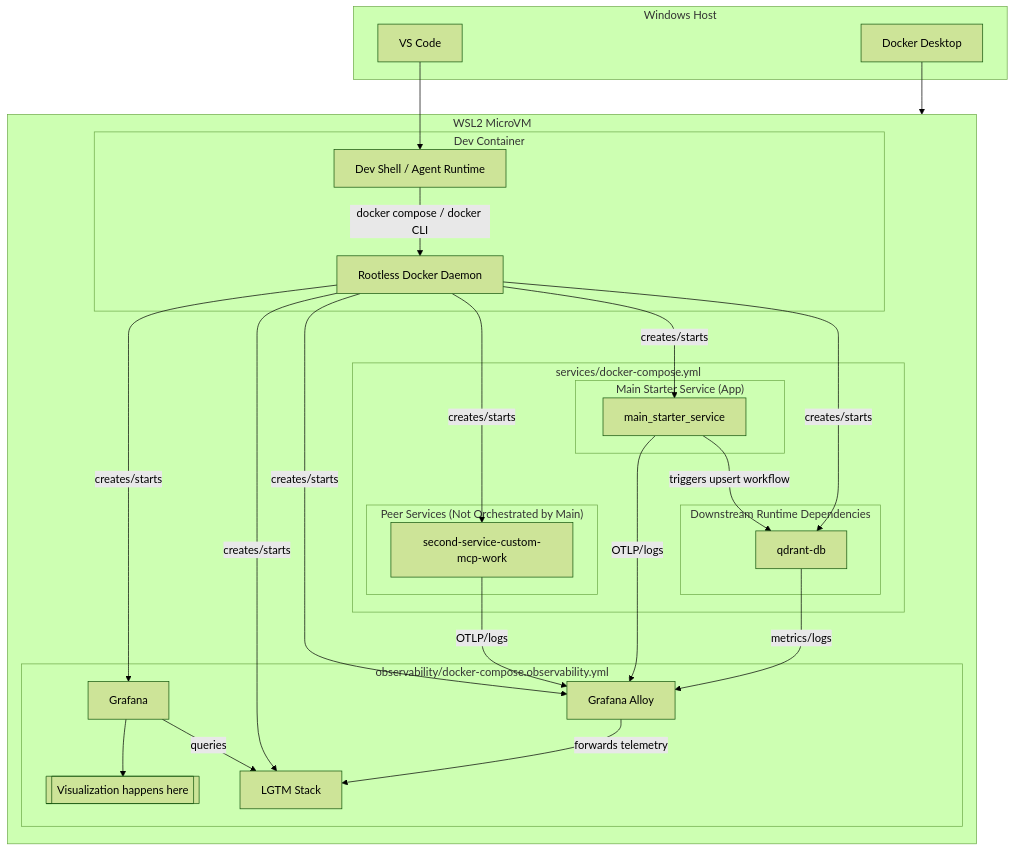
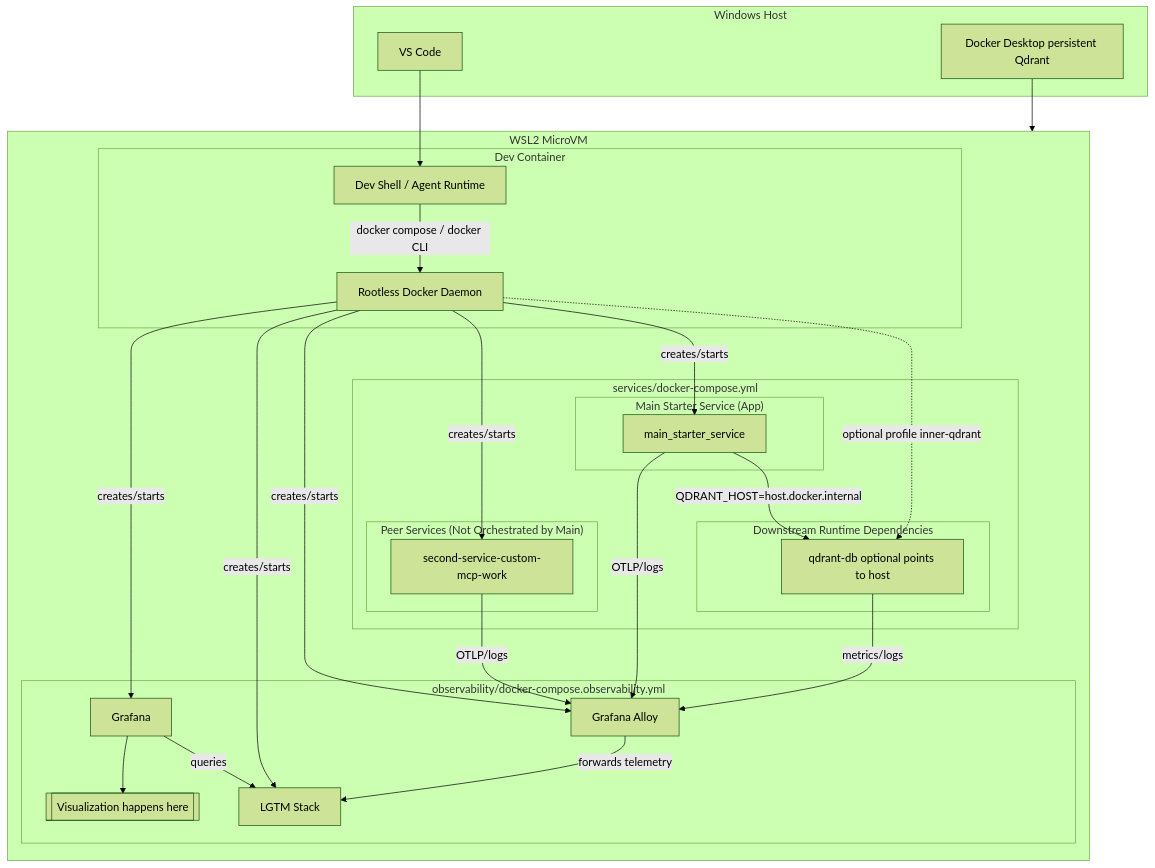
The second of 3 diagrams in README.md (UtpalMattoo/dcker_mcp_setup), drawn with Mermaid (forest theme) before and after one commit. The commit also changed other lines of this file and 4 other files, not shown here.

Commit message:
use host based persistent Qdrant, point devcointainer Qdrant to host instance

````diff
--- a/README.md
+++ b/README.md
@@ -124,50 +124,50 @@
 ```mermaid
 graph TD
 	subgraph Host[Windows Host]
 		VSCode[VS Code]
-		DockerDesktop[Docker Desktop]
+		DockerDesktop[Docker Desktop persistent Qdrant]
 	end
 
 	subgraph WSL2[WSL2 MicroVM]
 		subgraph DevContainer[Dev Container]
 			Shell[Dev Shell / Agent Runtime]
 			InnerDocker[Rootless Docker Daemon]
 		end
 
 		subgraph Services[services/docker-compose.yml]
 			subgraph Orchestrator["Main Starter Service (App)"]
 				Main[main_starter_service]
 			end
 			subgraph Dependencies["Downstream Runtime Dependencies"]
-				Qdrant[qdrant-db]
+				Qdrant[qdrant-db optional points to host]
 			end
 			subgraph PeerServices["Peer Services (Not Orchestrated by Main)"]
 				Second[second-service-custom-mcp-work]
 			end
 		end
 
 		subgraph Observability[observability/docker-compose.observability.yml]
 			Alloy[Grafana Alloy]
 			LGTM[LGTM Stack]
 			Grafana[Grafana]
 			VizMarker[[Visualization happens here]]
 		end
 	end
 
 	VSCode --> Shell
 	DockerDesktop --> WSL2
 	Shell -- docker compose / docker CLI --> InnerDocker
-	InnerDocker -- creates/starts --> Qdrant
+	InnerDocker -. optional profile inner-qdrant .-> Qdrant
 	InnerDocker -- creates/starts --> Main
 	InnerDocker -- creates/starts --> Second
 	InnerDocker -- creates/starts --> Alloy
 	InnerDocker -- creates/starts --> LGTM
 	InnerDocker -- creates/starts --> Grafana
-	Main -- triggers upsert workflow --> Qdrant
+	Main -- QDRANT_HOST=host.docker.internal --> Qdrant
 	Main -- OTLP/logs --> Alloy
 	Second -- OTLP/logs --> Alloy
 	Qdrant -- metrics/logs --> Alloy
 	Alloy -- forwards telemetry --> LGTM
 	Grafana -- queries --> LGTM
 	Grafana --> VizMarker
 ```
````
